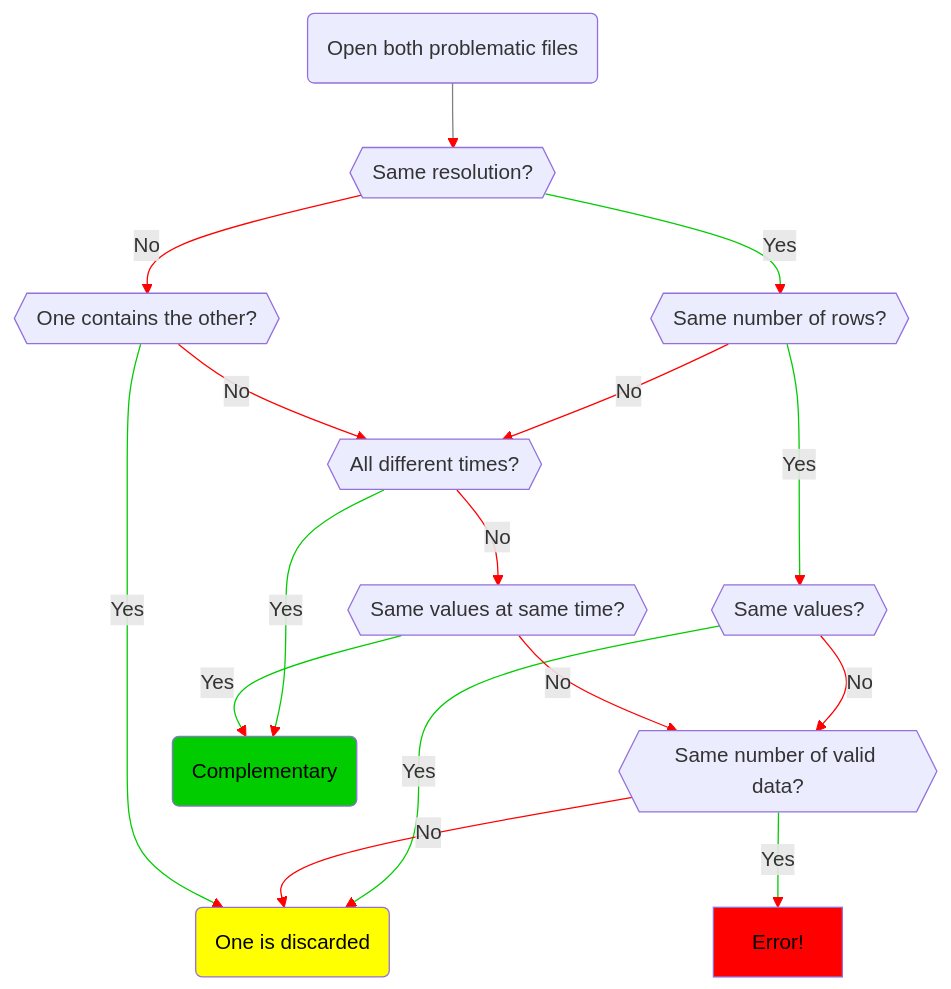
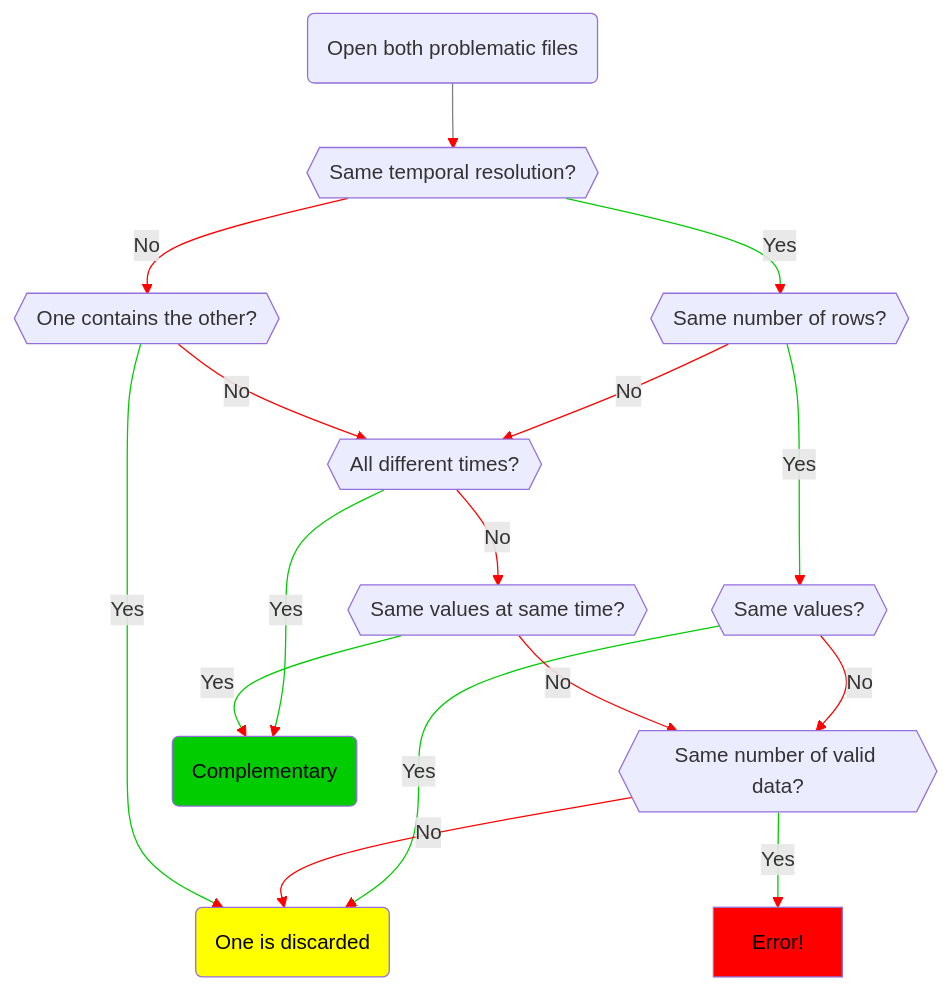
Before and after one commit to GRINS-Spoke0-WP2/AQ-EEA: the second of 3 diagrams in v.1.0.0/README.md, drawn with Mermaid.

````diff
--- a/v.1.0.0/README.md
+++ b/v.1.0.0/README.md
@@ -53,24 +53,25 @@
 ```mermaid
 graph TD;
-a(Open both problematic files)-->b{{Same resolution?}}
+a(Open both problematic files)-->b{{Same temporal resolution?}}
+
 b -->|Yes| c{{Same number of rows?}}
 c -->|Yes| sv{{Same values?}}
 sv -->|Yes| d(One is discarded):::disc
 sv -->|No| f{{Same number of valid data?}}
 f -->|No| d
 f -->|Yes| e[Error!]:::err
 c -->|No| t{{All different times?}}
 t -->|Yes| cc(Complementary):::comp
 t -->|No| dt{{Same values at same time?}}
 dt -->|Yes| cc
 dt -->|No| f
 b -->|No| oc{{One contains the other?}}
 oc -->|Yes| d
 oc -->|No| t
 classDef err fill:#ff0000,color:#000000
 classDef disc fill:#ffff00,color:#000000
 classDef comp fill:#00cc00,color:#000000
 linkStyle default stroke:#ff0000
 linkStyle 0 stroke:gray
 linkStyle 1,2,3,6,8,10,13 stroke:#00cc00
 ```
````
